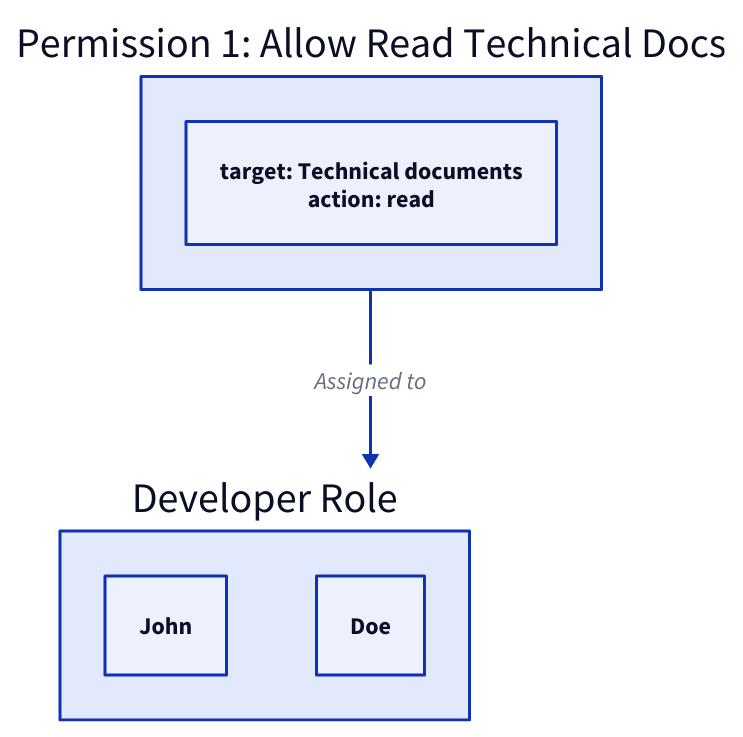
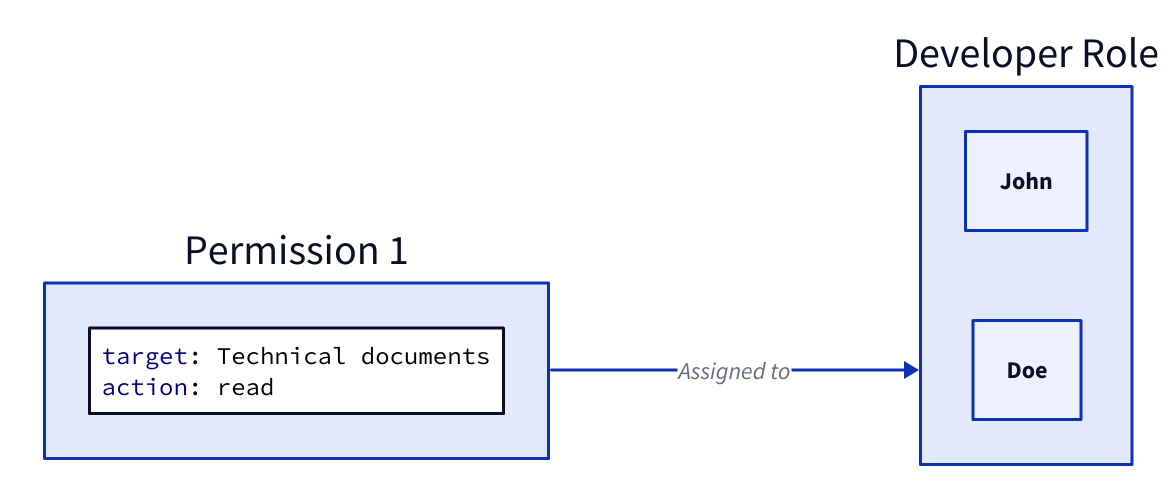
Before and after one commit to link1905/system-design-101: diagram 15 of 26 in content/docs/system-administration/system-protection/iam.md, drawn with D2. The commit also changed other lines of this file and 21 other files, not shown here.

````diff
--- a/content/docs/system-administration/system-protection/iam.md
+++ b/content/docs/system-administration/system-protection/iam.md
@@ -559,17 +574,18 @@
 ```d2
+direction: right
 r: "Developer Role" {
   u1: "John" {
     class: client
   }
   u2: "Doe" {
     class: client
   }
 }
-p1: "Permission 1: Allow Read Technical Docs" {
-  |||yaml
+p1: "Permission 1" {
+  c: |||yaml
   target: Technical documents
   action: read
   |||
 }
 p1 -> r: "Assigned to"
 ```
````
